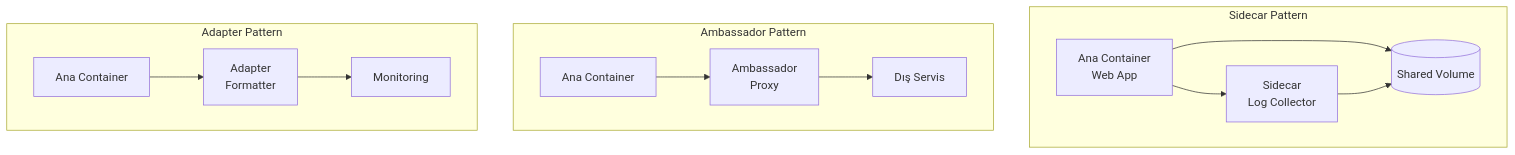
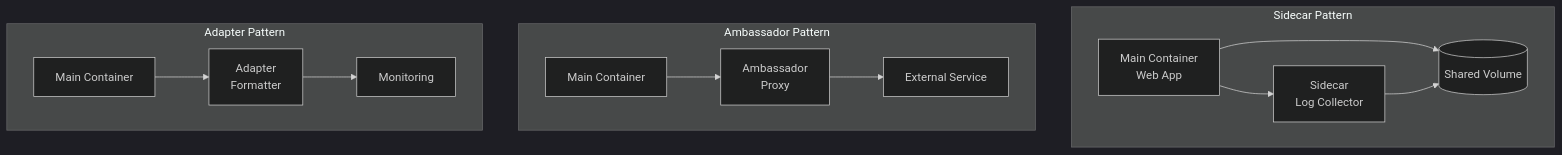
The first of 3 diagrams in labs/lab-02-multi-container-pods.md (uzunenes/CKAD), drawn with Mermaid before and after one commit. The commit also changed other lines of this file and 15 other files, not shown here.

Commit message:
🌍 Complete English translation - All 17 labs translated with dark mermaid themes

````diff
--- a/labs/lab-02-multi-container-pods.md
+++ b/labs/lab-02-multi-container-pods.md
@@ -13,21 +13,22 @@
 ```mermaid
+%%{init: {'theme': 'dark'}}%%
 graph TB
     subgraph "Sidecar Pattern"
         direction LR
-        A1[Ana Container<br/>Web App] --> A2[Sidecar<br/>Log Collector]
+        A1[Main Container<br/>Web App] --> A2[Sidecar<br/>Log Collector]
         A1 --> V1[(Shared Volume)]
         A2 --> V1
     end
     
     subgraph "Ambassador Pattern"
         direction LR
-        B1[Ana Container] --> B2[Ambassador<br/>Proxy]
-        B2 --> EXT[Dış Servis]
+        B1[Main Container] --> B2[Ambassador<br/>Proxy]
+        B2 --> EXT[External Service]
     end
     
     subgraph "Adapter Pattern"
         direction LR
-        C1[Ana Container] --> C2[Adapter<br/>Formatter]
+        C1[Main Container] --> C2[Adapter<br/>Formatter]
         C2 --> MON[Monitoring]
     end
 ```
````
